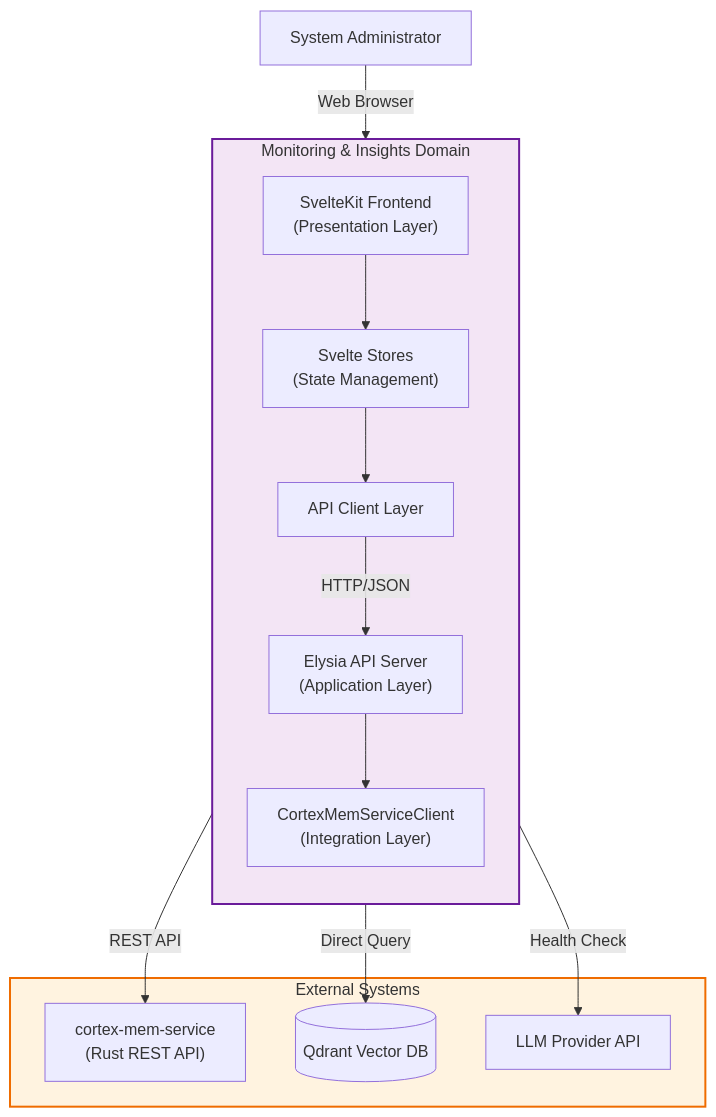
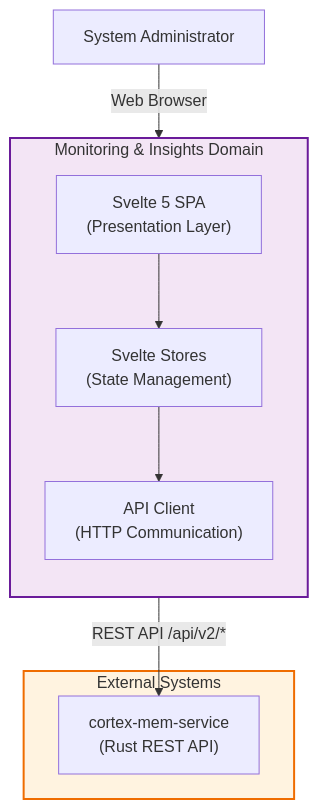
Before and after one commit to sopaco/cortex-mem: the first of 2 diagrams in litho.docs/en/4.Deep-Exploration/Monitoring and Insights Domain.md, drawn with Mermaid. The commit also changed other lines of this file and 6 other files, not shown here.

````diff
--- a/litho.docs/en/4.Deep-Exploration/Monitoring and Insights Domain.md
+++ b/litho.docs/en/4.Deep-Exploration/Monitoring and Insights Domain.md
@@ -23,29 +23,21 @@
 ```mermaid
 flowchart TB
     subgraph External["External Systems"]
         CoreService["cortex-mem-service<br/>(Rust REST API)"]
-        Qdrant[(Qdrant Vector DB)]
-        LLM[LLM Provider API]
     end
     
     subgraph InsightsDomain["Monitoring & Insights Domain"]
         direction TB
-        Frontend["SvelteKit Frontend<br/>(Presentation Layer)"]
+        Frontend["Svelte 5 SPA<br/>(Presentation Layer)"]
         Stores["Svelte Stores<br/>(State Management)"]
-        APIClient["API Client Layer"]
-        Server["Elysia API Server<br/>(Application Layer)"]
-        Integration["CortexMemServiceClient<br/>(Integration Layer)"]
+        APIClient["API Client<br/>(HTTP Communication)"]
     end
     
     User[System Administrator] -->|Web Browser| Frontend
     Frontend --> Stores
     Stores --> APIClient
-    APIClient -->|HTTP/JSON| Server
-    Server --> Integration
-    Integration -->|REST API| CoreService
-    Server -->|Direct Query| Qdrant
-    Server -->|Health Check| LLM
+    APIClient -->|REST API /api/v2/*| CoreService
     
     style InsightsDomain fill:#f3e5f5,stroke:#6a1b9a,stroke-width:2px
     style External fill:#fff3e0,stroke:#ef6c00,stroke-width:2px
 ```
````
